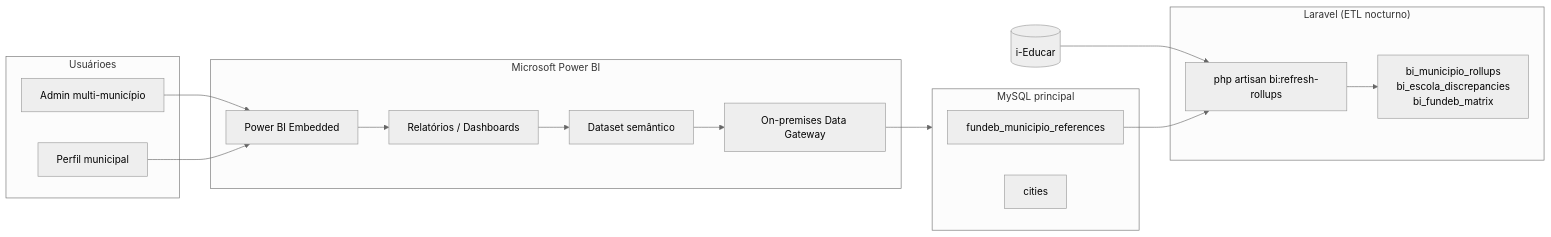
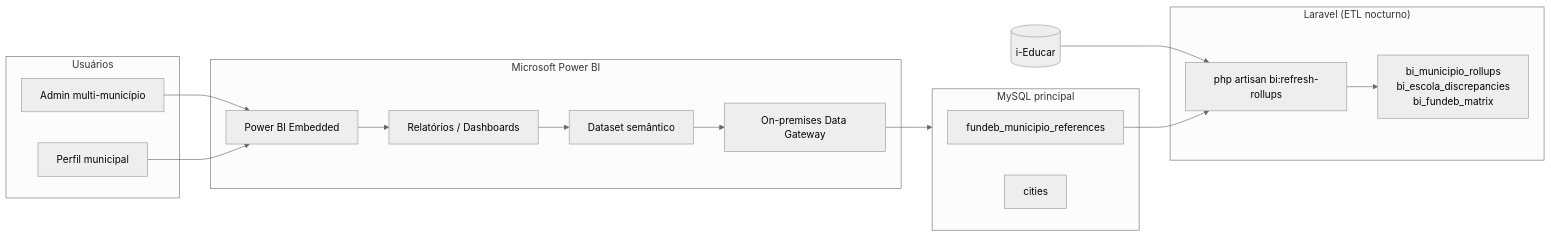
The second of 5 diagrams in docs/POWERBI.md (JaderGabriel/serventec-servlitcys), drawn with Mermaid (neutral theme) before and after one commit. The commit also changed 9 other files, not shown here.

````diff
--- a/docs/POWERBI.md
+++ b/docs/POWERBI.md
@@ -148,35 +148,35 @@
 ```mermaid
 flowchart LR
     subgraph ETL["Laravel (ETL nocturno)"]
         Cmd["php artisan bi:refresh-rollups"]
         Rollups["bi_municipio_rollups<br/>bi_escola_discrepancies<br/>bi_fundeb_matrix"]
     end
 
     subgraph MySQL["MySQL principal"]
         Rollups
         Ref[fundeb_municipio_references]
         Cities[cities]
     end
 
     subgraph PBI["Microsoft Power BI"]
         GW[On-premises Data Gateway]
         DS[Dataset semântico]
         RPT[Relatórios / Dashboards]
         Emb[Power BI Embedded]
     end
 
-    subgraph Users["Usuárioes"]
+    subgraph Users["Usuários"]
         Admin[Admin multi-município]
         Municipal[Perfil municipal]
     end
 
     Ieducar[(i-Educar)] --> Cmd
     Ref --> Cmd
     Cmd --> Rollups
     GW --> MySQL
     DS --> GW
     RPT --> DS
     Emb --> RPT
     Admin --> Emb
     Municipal --> Emb
 ```
````
